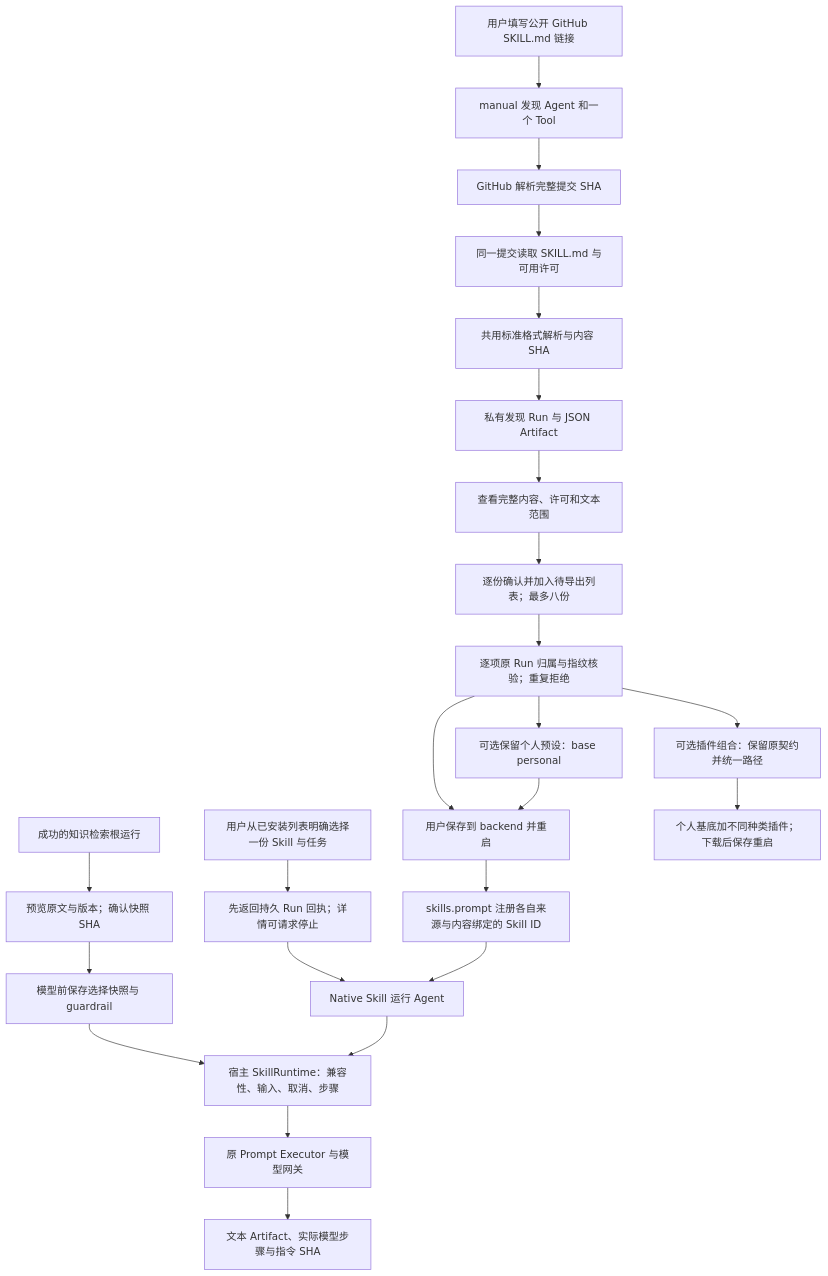
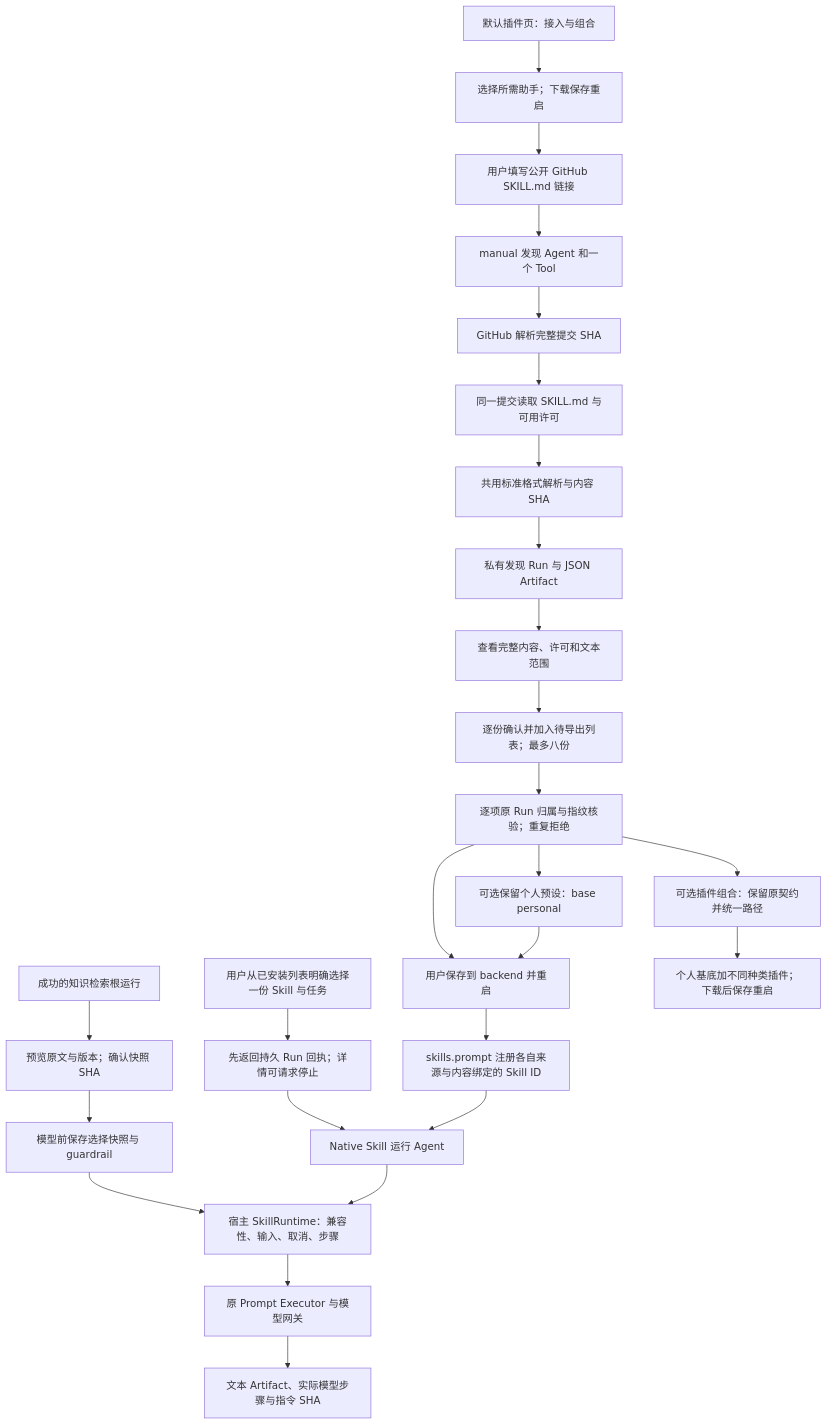
Before and after one commit to KlayPeter/AI-Delivery-Ops-Agent: the diagram in backend/src/connectors/skill-workbench/FEATURE.md, drawn with Mermaid. The commit also changed other lines of this file and 25 other files, not shown here.

````diff
--- a/backend/src/connectors/skill-workbench/FEATURE.md
+++ b/backend/src/connectors/skill-workbench/FEATURE.md
@@ -21,26 +21,28 @@
 ```mermaid
 flowchart TD
     URL[用户填写公开 GitHub SKILL.md 链接] --> N[manual 发现 Agent 和一个 Tool]
     N --> SHA[GitHub 解析完整提交 SHA]
     SHA --> RAW[同一提交读取 SKILL.md 与可用许可]
     RAW --> FORMAT[共用标准格式解析与内容 SHA]
     FORMAT --> ART[私有发现 Run 与 JSON Artifact]
     ART --> REVIEW[查看完整内容、许可和文本范围]
     REVIEW --> SELECT[逐份确认并加入待导出列表；最多八份]
     SELECT --> EXPORT[逐项原 Run 归属与指纹核验；重复拒绝]
     EXPORT --> LOCAL[用户保存到 backend 并重启]
     LOCAL --> P[skills.prompt 注册各自来源与内容绑定的 Skill ID]
     EXPORT --> BASE[可选保留个人预设：base personal]
     BASE --> LOCAL
     KNOW[成功的知识检索根运行] --> PREVIEW[预览原文与版本；确认快照 SHA]
     PREVIEW --> SAVE[模型前保存选择快照与 guardrail]
     SAVE --> SK
     TASK[用户从已安装列表明确选择一份 Skill 与任务] --> ACK[先返回持久 Run 回执；详情可请求停止]
     ACK --> RUN[Native Skill 运行 Agent]
     P --> RUN
     RUN --> SK[宿主 SkillRuntime：兼容性、输入、取消、步骤]
     SK --> MODEL[原 Prompt Executor 与模型网关]
     MODEL --> RESULT[文本 Artifact、实际模型步骤与指令 SHA]
     EXPORT --> PC[可选插件组合：保留原契约并统一路径]
     PC --> PERSONAL_COMBO[个人基底加不同种类插件；下载后保存重启]
+    DEFAULT_UI[默认插件页：接入与组合] --> SETUP_YAML[选择所需助手；下载保存重启]
+    SETUP_YAML --> URL
 ```
````
